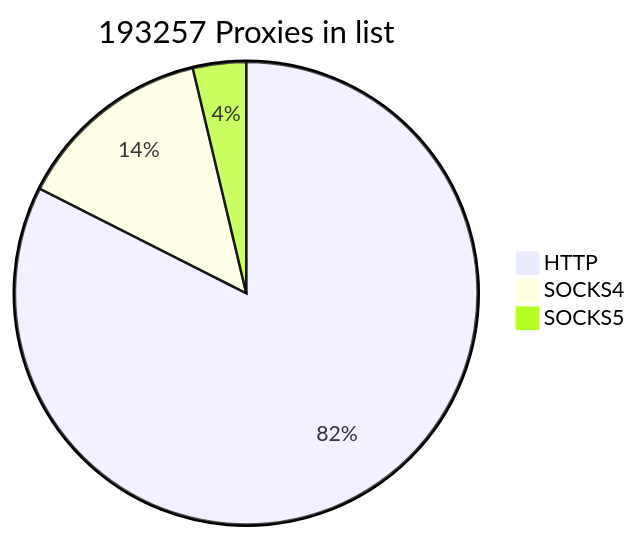
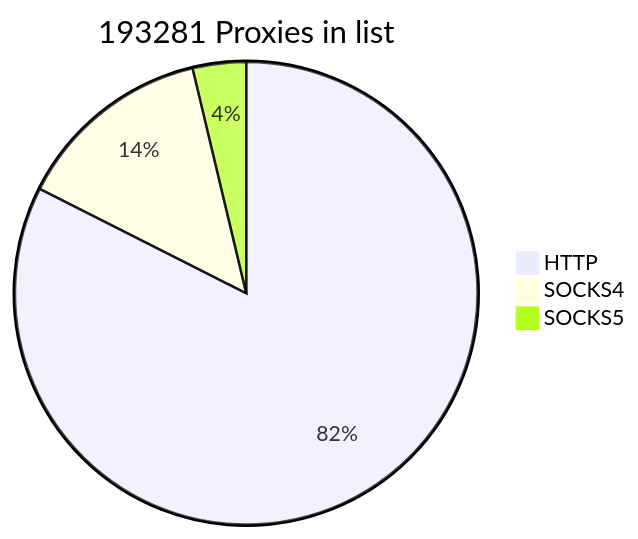
Before and after one commit to cutipu/proxylist: the first of 2 diagrams in README.md, drawn with Mermaid. The commit also changed other lines of this file, not shown here.

````diff
--- a/README.md
+++ b/README.md
@@ -2,7 +2,7 @@
 ```mermaid
-pie title 193257 Proxies in list
+pie title 193281 Proxies in list
     "HTTP" : 159363
     "SOCKS4" : 26718
-    "SOCKS5" : 7176
+    "SOCKS5" : 7200
             
 ```
````
